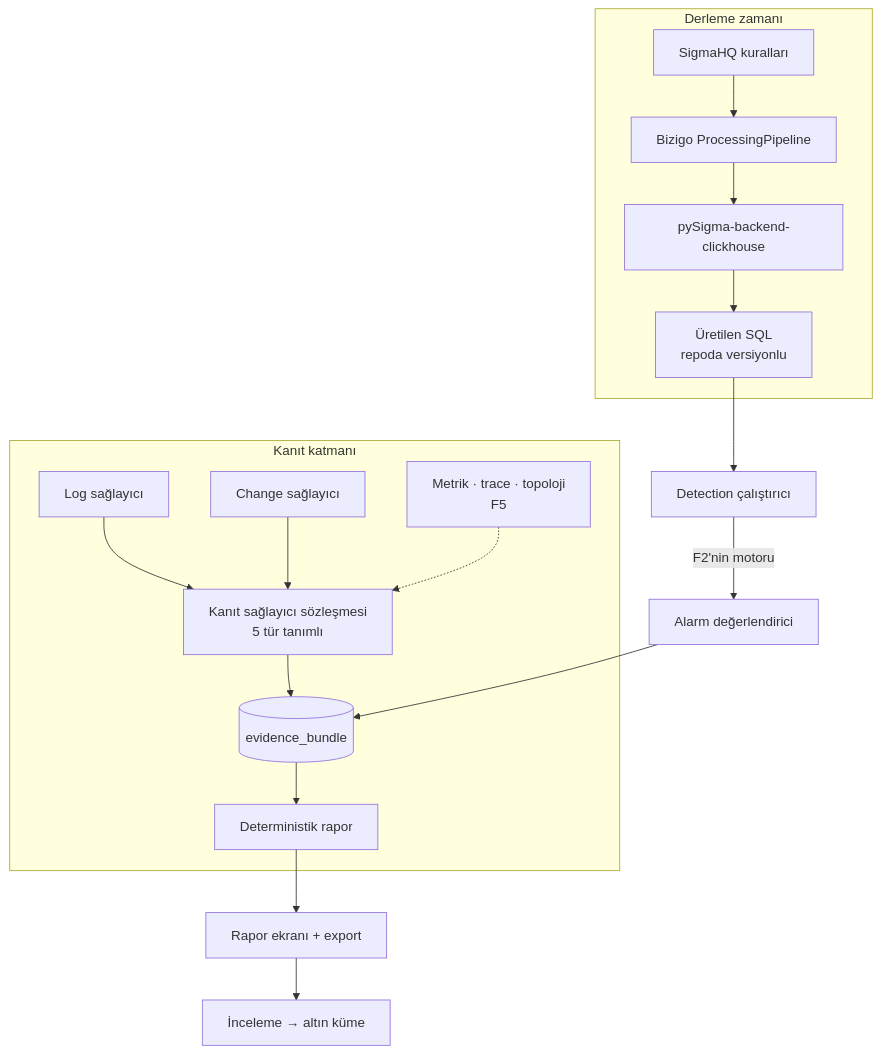
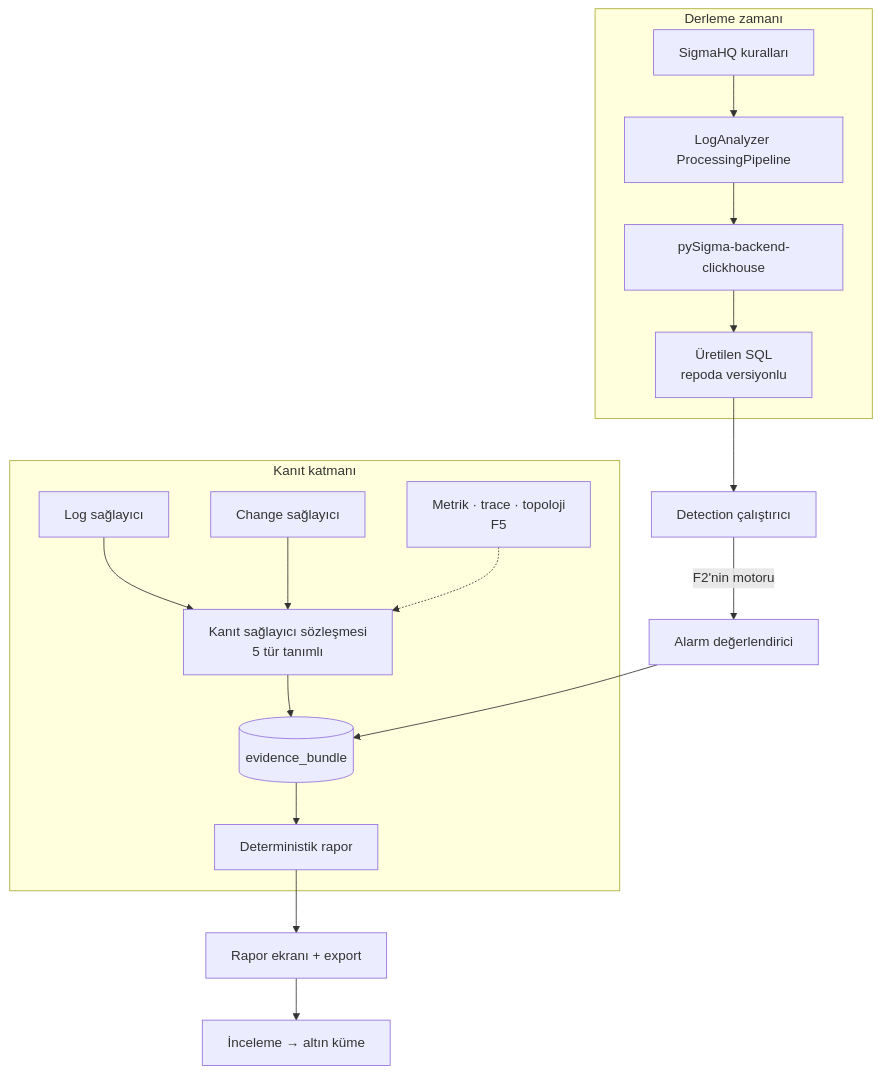
Before and after one commit to hakkisagdic/loganalyzer: the diagram in docs/epic/f3-teknik-plan/index.md, drawn with Mermaid. The commit also changed 2211 other files, not shown here.

Commit message:
feat: add LogAnalyzer Lite incident flight recorder, rebrand from bizigo to generic loganalyzer

````diff
--- a/docs/epic/f3-teknik-plan/index.md
+++ b/docs/epic/f3-teknik-plan/index.md
@@ -86,24 +86,24 @@
 ```mermaid
 flowchart TB
   subgraph derleme["Derleme zamanı"]
-    SR["SigmaHQ kuralları"] --> PP["Bizigo ProcessingPipeline"]
+    SR["SigmaHQ kuralları"] --> PP["LogAnalyzer ProcessingPipeline"]
     PP --> CB["pySigma-backend-clickhouse"]
     CB --> SQL["Üretilen SQL<br/>repoda versiyonlu"]
   end
 
   SQL --> DET["Detection çalıştırıcı"]
   DET -->|F2'nin motoru| AL["Alarm değerlendirici"]
 
   subgraph kanit["Kanıt katmanı"]
     EP["Kanıt sağlayıcı sözleşmesi<br/>5 tür tanımlı"]
     LOG["Log sağlayıcı"] --> EP
     CHG["Change sağlayıcı"] --> EP
     MET["Metrik · trace · topoloji<br/>F5"] -.-> EP
     EP --> BUNDLE[("evidence_bundle")]
     BUNDLE --> REP["Deterministik rapor"]
   end
 
   AL --> BUNDLE
   REP --> UI["Rapor ekranı + export"]
   UI --> GOLD["İnceleme → altın küme"]
 ```
````
